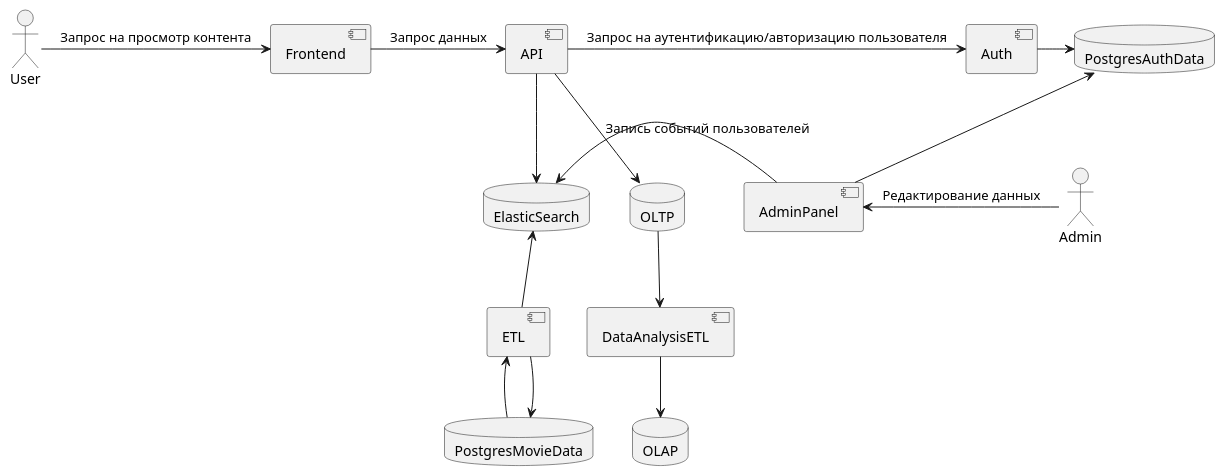
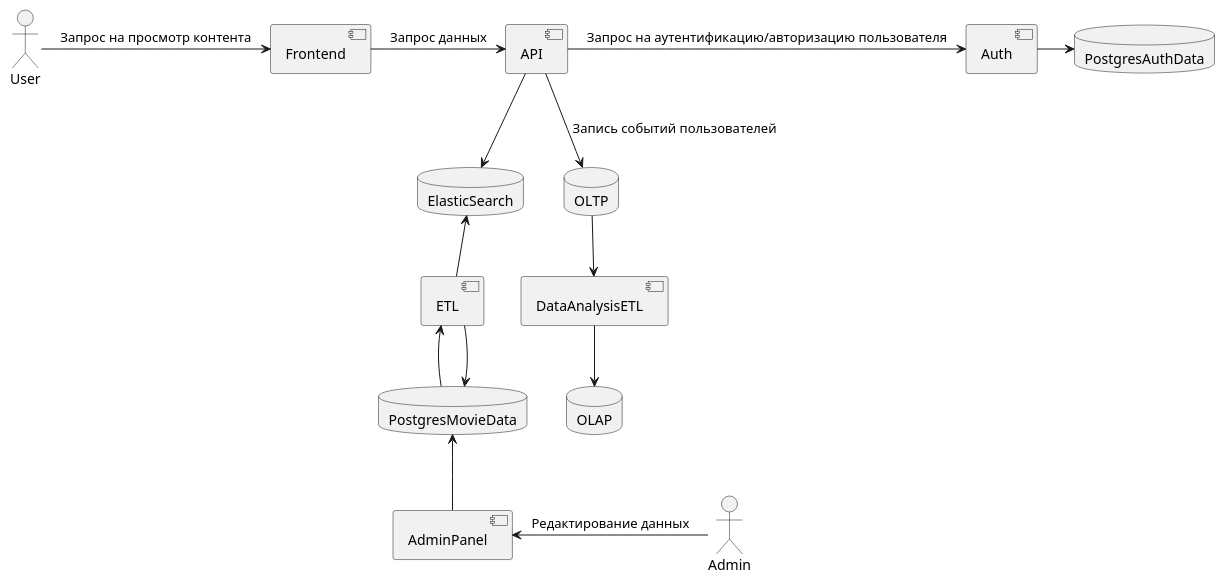
One commit to mrvanolog/ugc_sprint_1 changed the diagram in architecture/to_be.pu. Above: the diagram before and after it, drawn with PlantUML.

Commit message:
Update to be schema

```diff
--- a/architecture/to_be.pu
+++ b/architecture/to_be.pu
@@ -1,33 +1,32 @@
 @startuml
 
 skinparam componentStyle uml2
 actor User
 actor Admin
 database PostgresMovieData
 database PostgresAuthData
 database ElasticSearch
 database OLAP
 database OLTP
 component AdminPanel
 component Frontend
 component API
 component Auth
 component ETL
 component DataAnalysisETL
 
 User -right-> Frontend: Запрос на просмотр контента
 Frontend -right-> API: Запрос данных
 API -right-> Auth: Запрос на аутентификацию/авторизацию пользователя
 API -down-> OLTP : Запись событий пользователей
 OLTP -down-> DataAnalysisETL
 DataAnalysisETL -down->OLAP
 API -down-> ElasticSearch
 Auth -right-> PostgresAuthData
 PostgresMovieData -up-> ETL
 ETL -down-> PostgresMovieData
 ETL -up-> ElasticSearch
 Admin -left-> AdminPanel: Редактирование данных
-AdminPanel -left-> ElasticSearch
-AdminPanel -up-> PostgresAuthData
+AdminPanel -up-> PostgresMovieData
 
 @enduml
```
